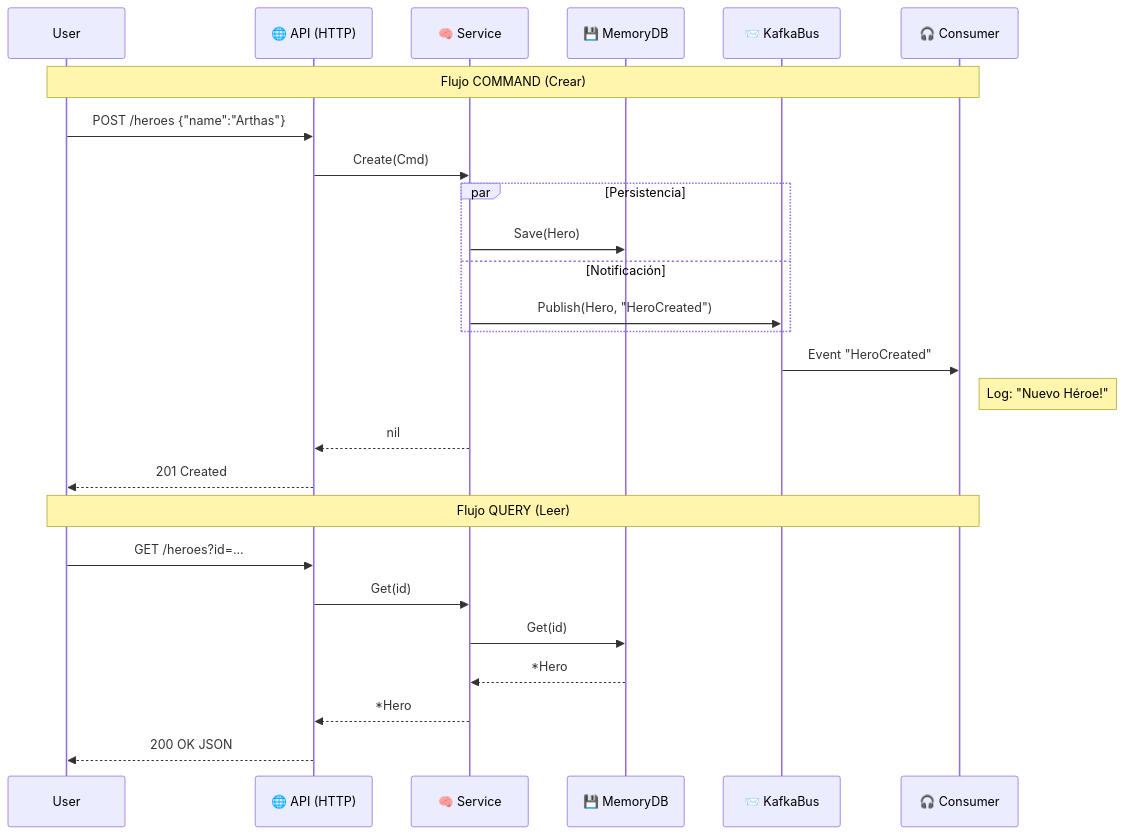
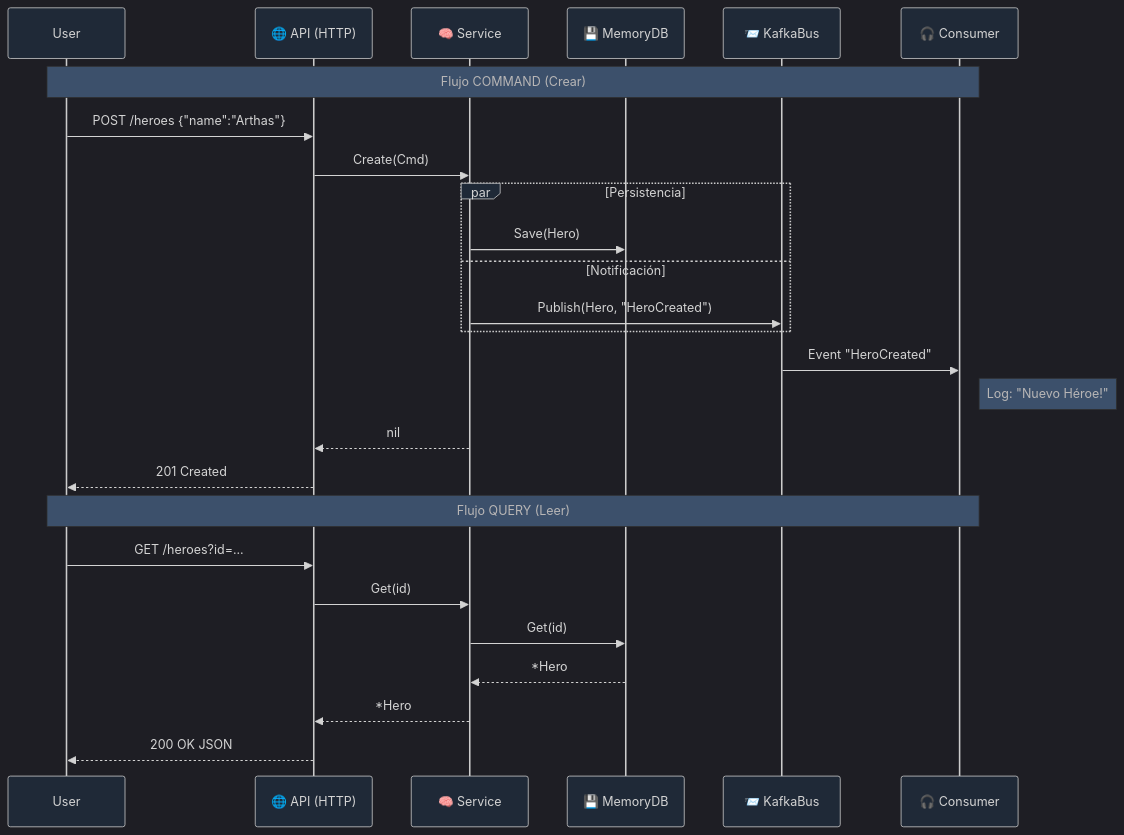
The diagram in tutorial/05-ciclo-completo-solid.md (EELorenzoni/rpg-microservices-learning), drawn with Mermaid before and after one commit. The commit also changed other lines of this file and 6 other files, not shown here.

Commit message:
feat: Introduce platform-kafka-admin project with Docker Compose resilience, update Makefiles, and enhance tutorials with mermaid theme and new API run commands.

````diff
--- a/tutorial/05-ciclo-completo-solid.md
+++ b/tutorial/05-ciclo-completo-solid.md
@@ -12,33 +12,47 @@
 ```mermaid
+%%{
+  init: {
+    'theme': 'dark',
+    'themeVariables': {
+      'primaryColor': '#1f2937',
+      'edgeLabelBackground':'#1f2937',
+      'tertiaryColor': '#111827',
+      'mainBkg': '#1f2937',
+      'nodeBorder': '#8b5cf6',
+      'lineColor': '#3b82f6',
+      'textColor': '#f3f4f6'
+    }
+  }
+}%%
 sequenceDiagram
     participant User
     participant API as 🌐 API (HTTP)
     participant Srv as 🧠 Service
     participant DB as 💾 MemoryDB
     participant Bus as 📨 KafkaBus
     participant Worker as 🎧 Consumer
 
     Note over User, Worker: Flujo COMMAND (Crear)
     User->>API: POST /heroes {"name":"Arthas"}
     API->>Srv: Create(Cmd)
     
     par Persistencia
         Srv->>DB: Save(Hero)
     and Notificación
         Srv->>Bus: Publish(Hero, "HeroCreated")
     end
     
     Bus->>Worker: Event "HeroCreated"
     Note right of Worker: Log: "Nuevo Héroe!"
     
     Srv-->>API: nil
     API-->>User: 201 Created
 
     Note over User, Worker: Flujo QUERY (Leer)
     User->>API: GET /heroes?id=...
     API->>Srv: Get(id)
     Srv->>DB: Get(id)
     DB-->>Srv: *Hero
     Srv-->>API: *Hero
     API-->>User: 200 OK JSON
 ```
````
